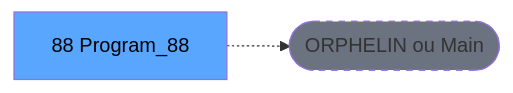
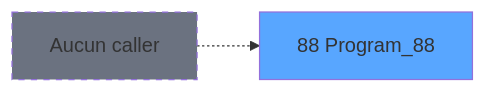
One commit to thonyAGP/lecteur-magic changed the second of 3 diagrams in .openspec/specs/ADH-IDE-88.md. Above: the diagram before and after it, drawn with Mermaid. The commit also changed other lines of this file and 96 other files, not shown here.

````diff
--- a/.openspec/specs/ADH-IDE-88.md
+++ b/.openspec/specs/ADH-IDE-88.md
@@ -117,8 +104,8 @@
 ```mermaid
 graph LR
-    T[88 Program_88]
-    ORPHAN([ORPHELIN ou Main])
-    T -.-> ORPHAN
-    style T fill:#58a6ff,color:#000
-    style ORPHAN fill:#6b7280,stroke-dasharray: 5 5
+    T88[88 Program_88]
+    style T88 fill:#58a6ff
+    NONE[Aucun caller]
+    NONE -.-> T88
+    style NONE fill:#6b7280,stroke-dasharray: 5 5
 ```
````
